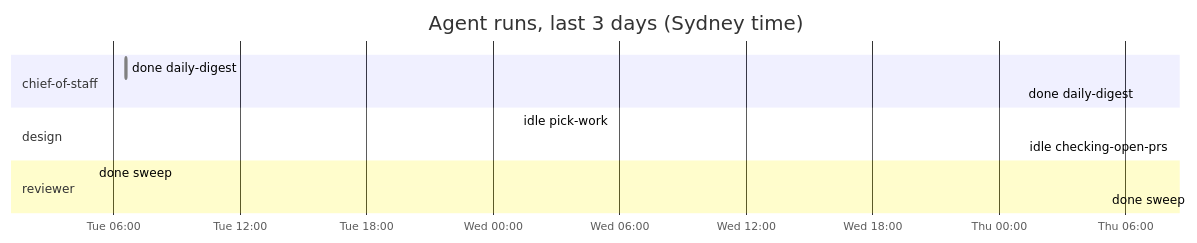
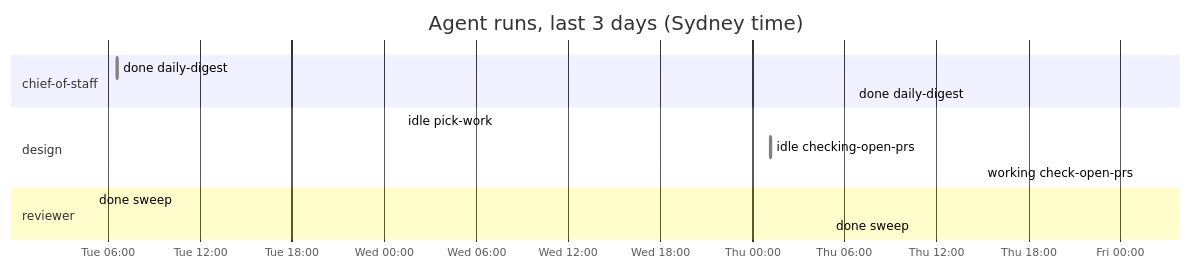
The diagram in dashboard.md (roulmediateam-byte/fifteen-expert-hq), drawn with Mermaid before and after one commit. The commit also changed other lines of this file and 1 other file, not shown here.

````diff
--- a/dashboard.md
+++ b/dashboard.md
@@ -38,15 +38,16 @@
 ```mermaid
 gantt
     title Agent runs, last 3 days (Sydney time)
     dateFormat YYYY-MM-DD HH:mm
     axisFormat %a %H:%M
     section chief-of-staff
     done daily-digest :done, 2026-11-10 06:35, 2026-11-10 06:37
     done daily-digest :done, 2026-11-12 06:35, 2026-11-12 06:36
     section design
     idle pick-work :done, 2026-11-11 01:12, 2026-11-11 01:12
     idle checking-open-prs :done, 2026-11-12 01:11, 2026-11-12 01:12
+    working check-open-prs :active, 2026-11-13 01:11, 2026-11-13 01:11
     section reviewer
     done sweep :done, 2026-11-10 05:04, 2026-11-10 05:05
     done sweep :done, 2026-11-12 05:05, 2026-11-12 05:06
 ```
````
